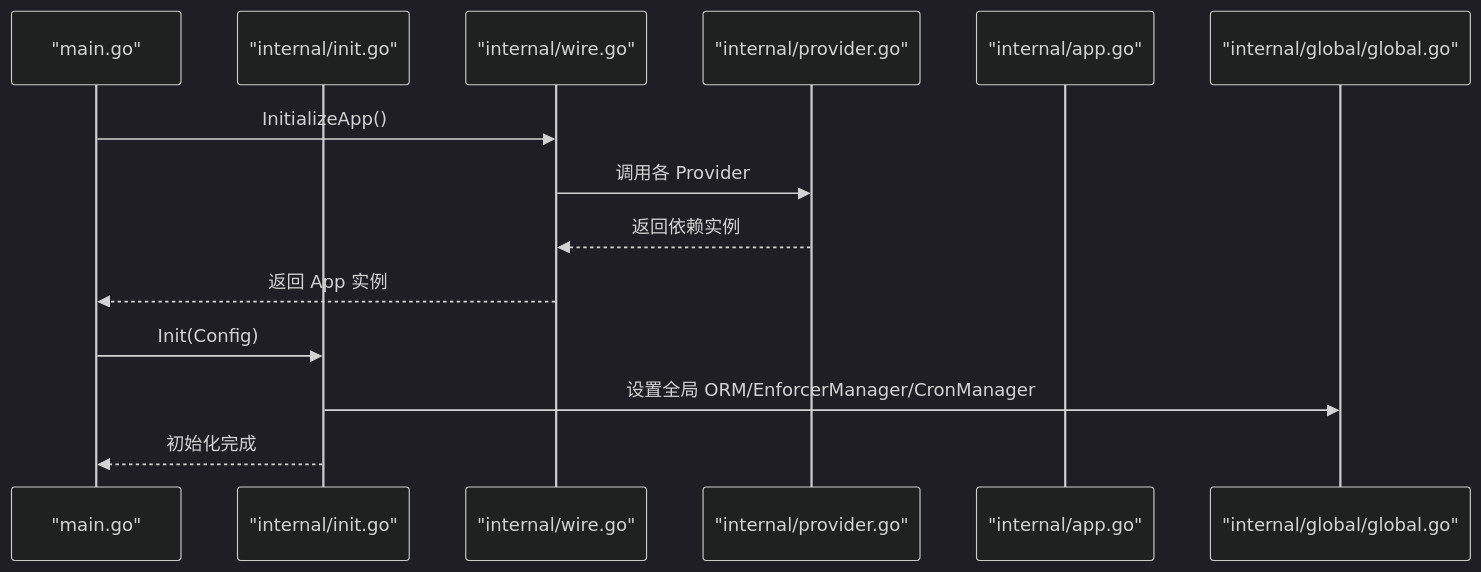
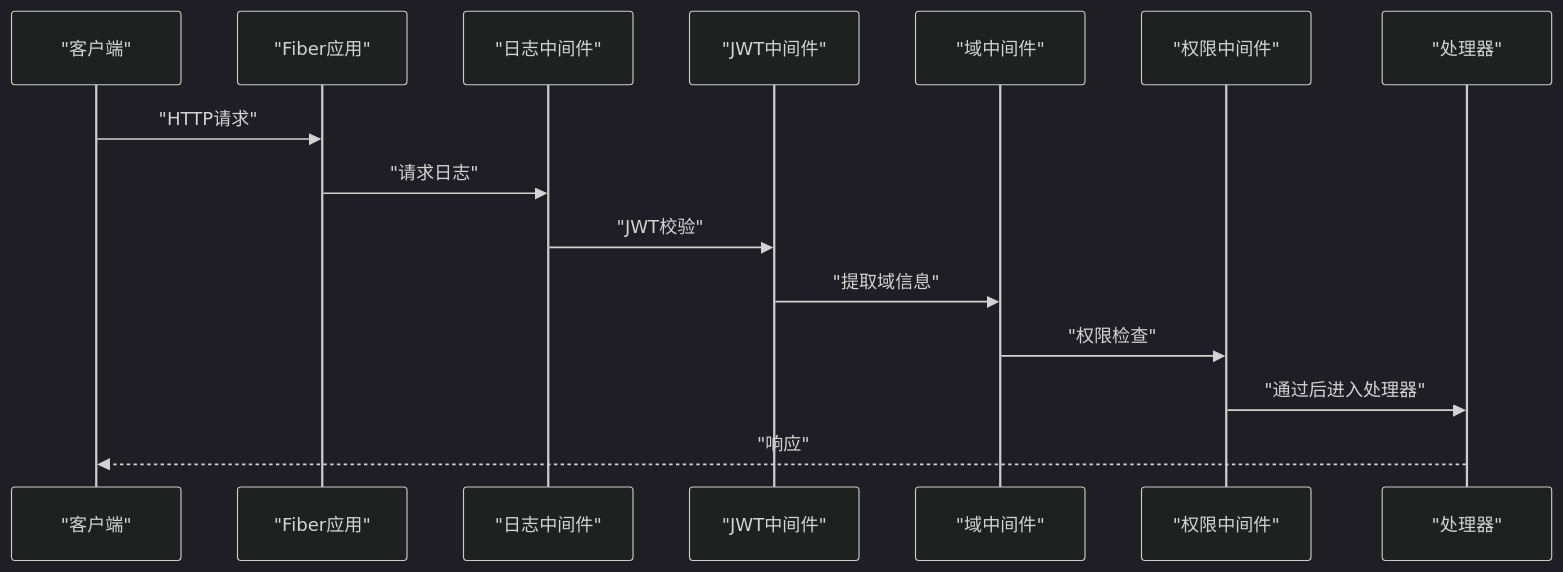
Before and after one commit to wuwuseo/e-sports-go-admin: the fifth of 8 diagrams in .qoder/repowiki/zh/content/开发指南/开发指南.md, drawn with Mermaid (dark theme). The commit also changed other lines of this file and 115 other files, not shown here.

````diff
--- a/.qoder/repowiki/zh/content/开发指南/开发指南.md
+++ b/.qoder/repowiki/zh/content/开发指南/开发指南.md
@@ -137,16 +187,17 @@
 ```mermaid
 sequenceDiagram
-participant Main as "main.go"
-participant Init as "internal/init.go"
-participant Wire as "internal/wire.go"
-participant Prov as "internal/provider.go"
-participant App as "internal/app.go"
-participant Global as "internal/global/global.go"
-Main->>Wire : InitializeApp()
-Wire->>Prov : 调用各 Provider
-Prov-->>Wire : 返回依赖实例
-Wire-->>Main : 返回 App 实例
-Main->>Init : Init(Config)
-Init->>Global : 设置全局 ORM/EnforcerManager/CronManager
-Init-->>Main : 初始化完成
+participant C as "客户端"
+participant F as "Fiber应用"
+participant L as "日志中间件"
+participant J as "JWT中间件"
+participant D as "域中间件"
+participant P as "权限中间件"
+participant H as "处理器"
+C->>F : "HTTP请求"
+F->>L : "请求日志"
+L->>J : "JWT校验"
+J->>D : "提取域信息"
+D->>P : "权限检查"
+P->>H : "通过后进入处理器"
+H-->>C : "响应"
 ```
````
